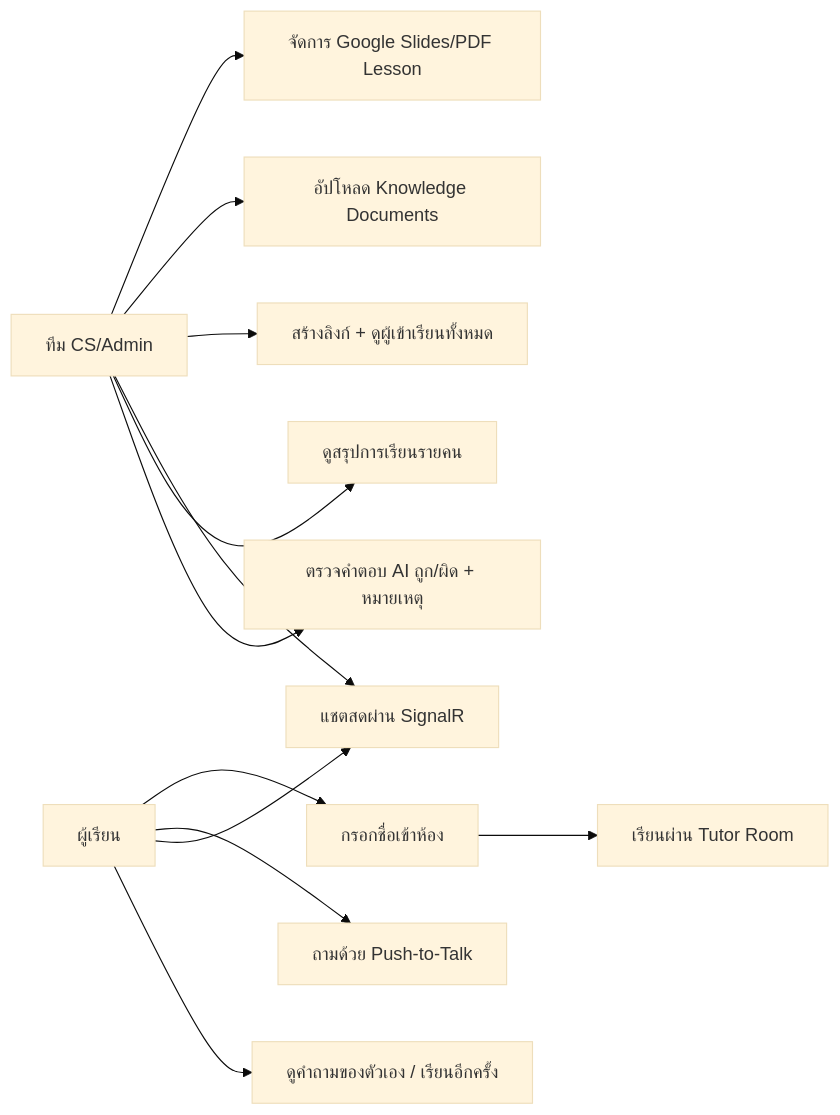
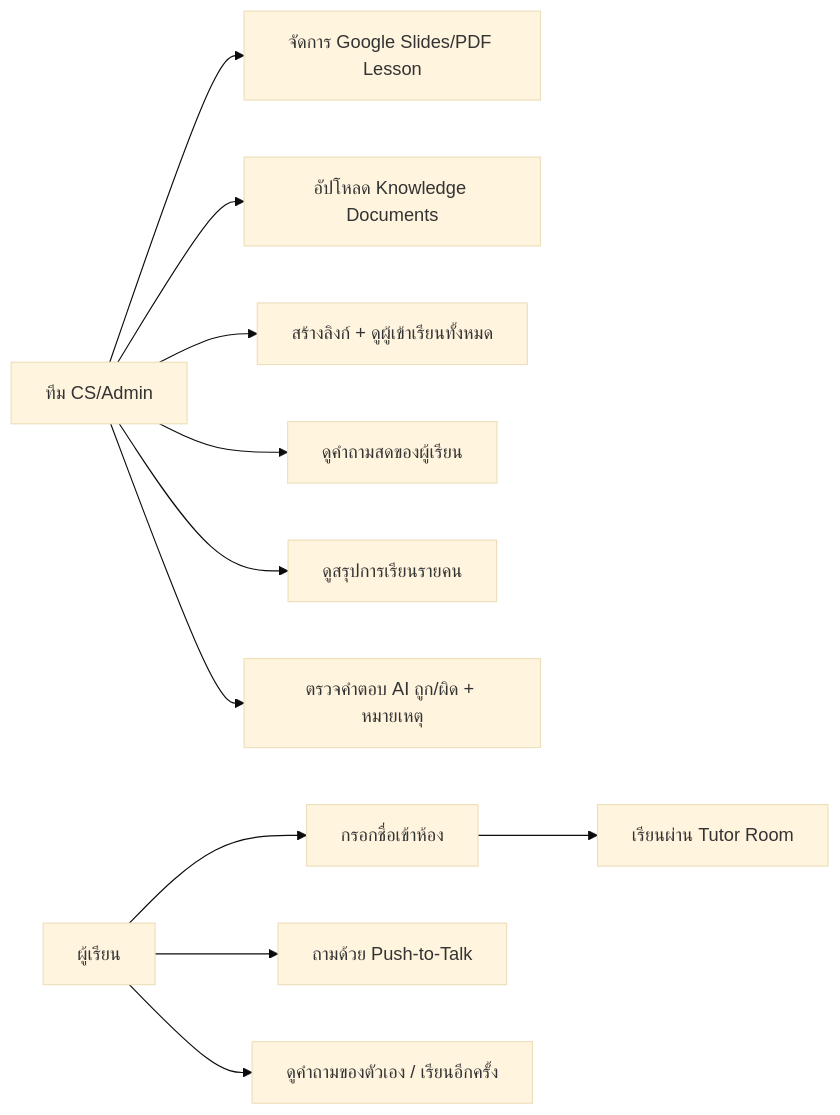
Before and after one commit to Sathaporn24/sb_supportroom: the diagram in frontend/docs/USE_CASE_DIAGRAM.md, drawn with Mermaid (base theme). The commit also changed other lines of this file and 183 other files, not shown here.

````diff
--- a/frontend/docs/USE_CASE_DIAGRAM.md
+++ b/frontend/docs/USE_CASE_DIAGRAM.md
@@ -3,28 +3,27 @@
 ```mermaid
 flowchart LR
     CS[ทีม CS/Admin]
     Learner[ผู้เรียน]
 
     Lesson[จัดการ Google Slides/PDF Lesson]
     Docs[อัปโหลด Knowledge Documents]
     Link[สร้างลิงก์ + ดูผู้เข้าเรียนทั้งหมด]
     Join[กรอกชื่อเข้าห้อง]
     Room[เรียนผ่าน Tutor Room]
     Voice[ถามด้วย Push-to-Talk]
-    Chat[แชตสดผ่าน SignalR]
+    LiveQ[ดูคำถามสดของผู้เรียน]
     Summary[ดูสรุปการเรียนรายคน]
     Review[ตรวจคำตอบ AI ถูก/ผิด + หมายเหตุ]
     Recap[ดูคำถามของตัวเอง / เรียนอีกครั้ง]
 
     CS --> Lesson
     CS --> Docs
     CS --> Link
-    CS --> Chat
+    CS --> LiveQ
     CS --> Summary
     CS --> Review
     Learner --> Join
     Join --> Room
     Learner --> Voice
-    Learner --> Chat
     Learner --> Recap
 ```
````
